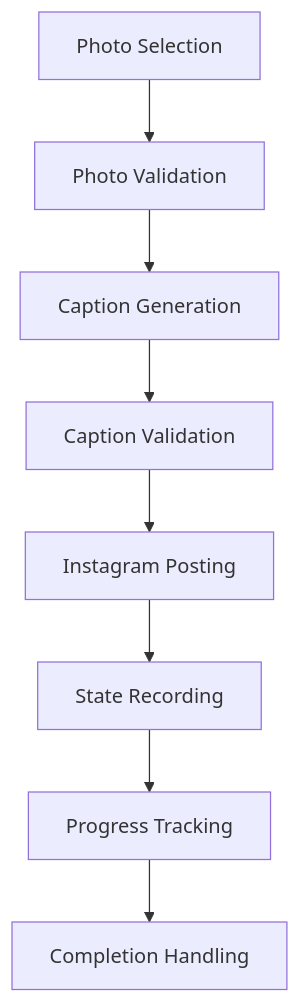
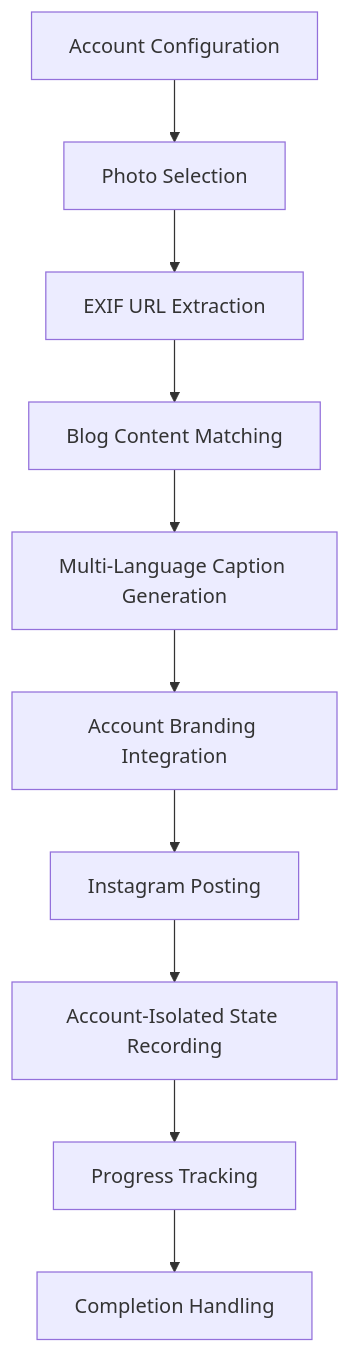
The first of 6 diagrams in README.md (webmemo-code/flickr-to-instagram-automation), drawn with Mermaid before and after one commit. The commit also changed other lines of this file and 11 other files, not shown here.

First line of the commit message:
DOCS | Update all documentation to reflect current multi-account system

````diff
--- a/README.md
+++ b/README.md
@@ -44,10 +46,12 @@
 ```mermaid
 graph TD
-    A[Photo Selection] --> B[Photo Validation]
-    B --> C[Caption Generation]
-    C --> D[Caption Validation]
-    D --> E[Instagram Posting]
-    E --> F[State Recording]
-    F --> G[Progress Tracking]
-    G --> H[Completion Handling]
+    A[Account Configuration] --> B[Photo Selection]
+    B --> C[EXIF URL Extraction]
+    C --> D[Blog Content Matching]
+    D --> E[Multi-Language Caption Generation]
+    E --> F[Account Branding Integration]
+    F --> G[Instagram Posting]
+    G --> H[Account-Isolated State Recording]
+    H --> I[Progress Tracking]
+    I --> J[Completion Handling]
 ```
````
